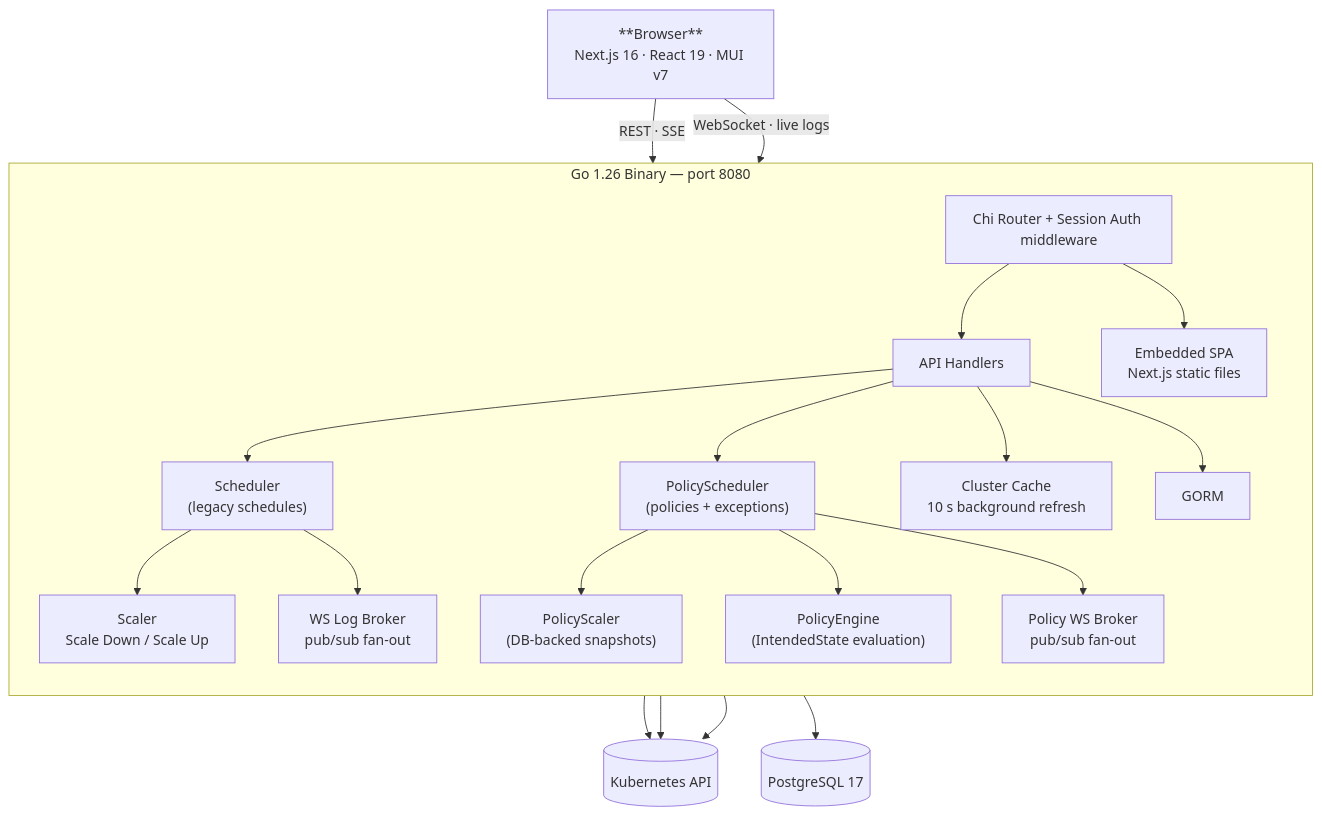
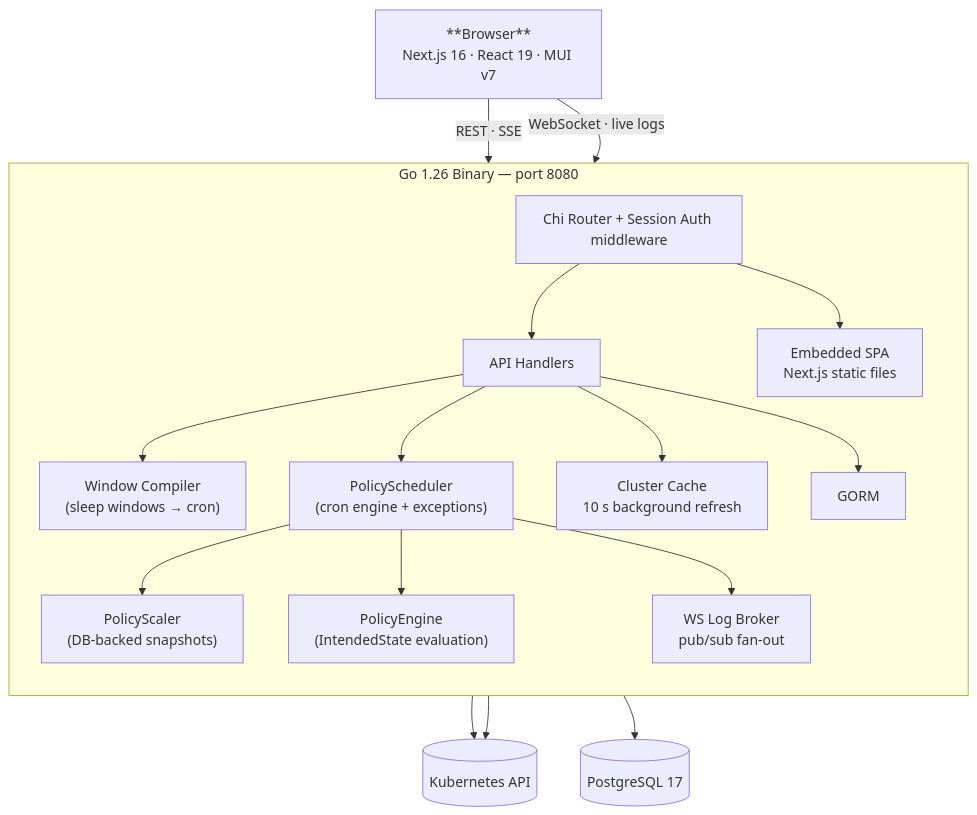
One commit to MacXsimilian/kube-phoenix changed the diagram in README.md. Above: the diagram before and after it, drawn with Mermaid. The commit also changed other lines of this file and 6 other files, not shown here.

First line of the commit message:
docs: update all documentation for window-based policy redesign

````diff
--- a/README.md
+++ b/README.md
@@ -133,41 +127,36 @@
 ```mermaid
 flowchart TB
     Browser["**Browser**<br/>Next.js 16 · React 19 · MUI v7"]
 
     subgraph Binary["Go 1.26 Binary — port 8080"]
         direction TB
         Router["Chi Router + Session Auth middleware"]
         Handlers["API Handlers"]
-        Scheduler["Scheduler<br/>(legacy schedules)"]
-        PolicyScheduler["PolicyScheduler<br/>(policies + exceptions)"]
+        WindowCompiler["Window Compiler<br/>(sleep windows → cron)"]
+        PolicyScheduler["PolicyScheduler<br/>(cron engine + exceptions)"]
         PolicyEngine["PolicyEngine<br/>(IntendedState evaluation)"]
-        Scaler["Scaler<br/>Scale Down / Scale Up"]
         PolicyScaler["PolicyScaler<br/>(DB-backed snapshots)"]
         Cache["Cluster Cache<br/>10 s background refresh"]
         Broker["WS Log Broker<br/>pub/sub fan-out"]
-        PolicyBroker["Policy WS Broker<br/>pub/sub fan-out"]
         GORM["GORM"]
         SPA["Embedded SPA<br/>Next.js static files"]
     end
 
     K8s[("Kubernetes API")]
     PG[("PostgreSQL 17")]
 
     Browser -- "REST · SSE" --> Router
     Browser -- "WebSocket · live logs" --> Router
     Router --> Handlers
     Router --> SPA
-    Handlers --> Scheduler
+    Handlers --> WindowCompiler
     Handlers --> PolicyScheduler
     Handlers --> Cache
     Handlers --> GORM
-    Scheduler --> Scaler
-    Scheduler --> Broker
     PolicyScheduler --> PolicyScaler
     PolicyScheduler --> PolicyEngine
-    PolicyScheduler --> PolicyBroker
+    PolicyScheduler --> Broker
     PolicyScaler --> K8s
-    Scaler --> K8s
     Cache --> K8s
     GORM --> PG
 ```
````
